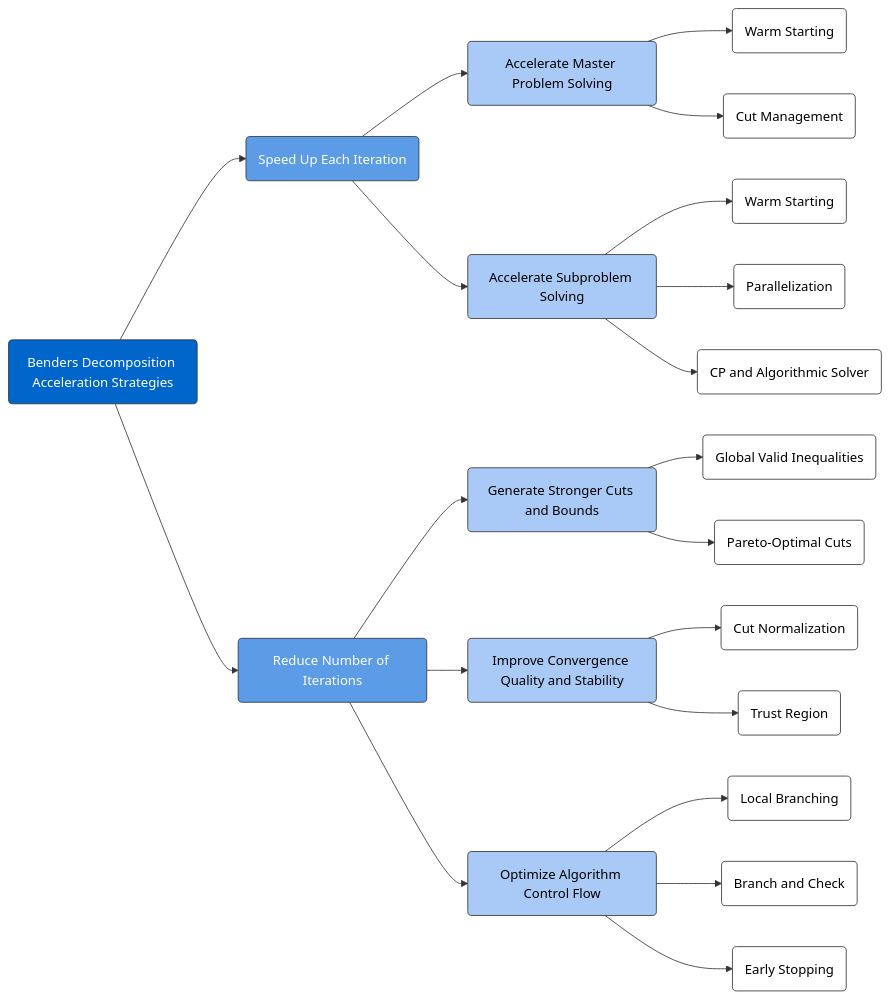
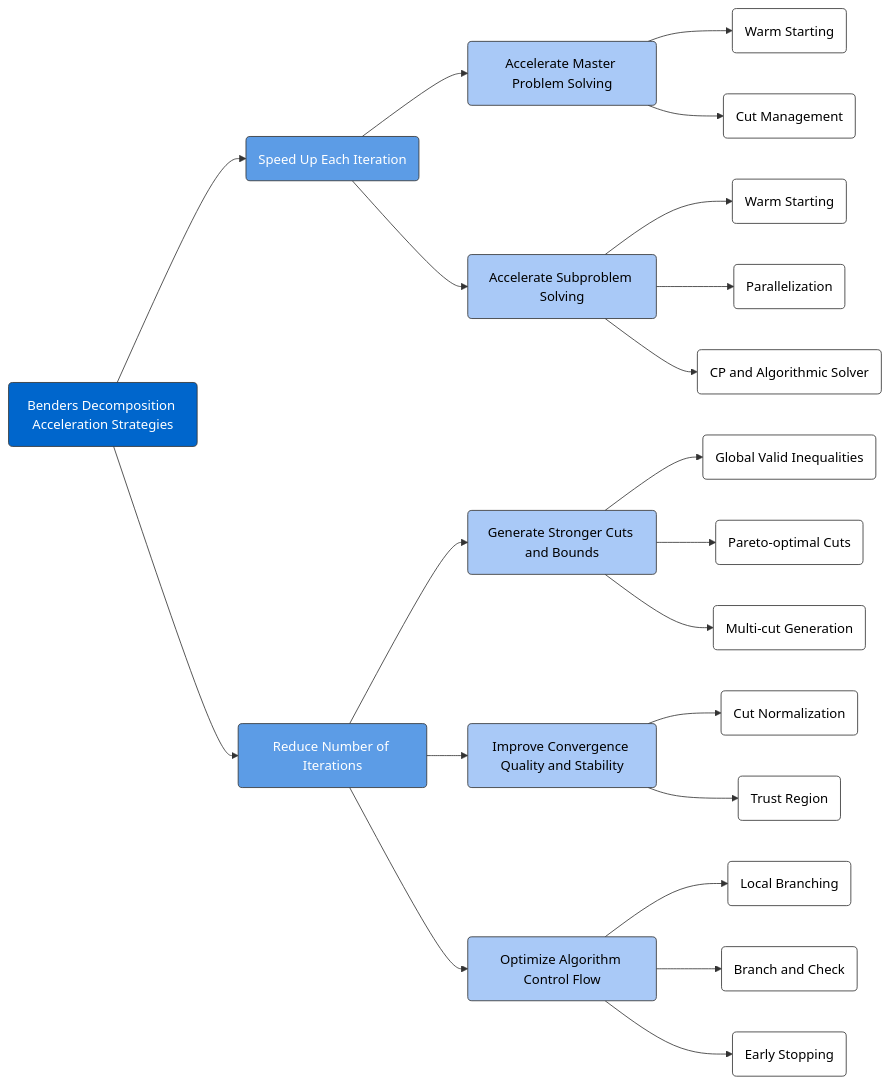
Before and after one commit to sharabhshukla/BendersLib: the diagram in docs/source/tutorials/enhance.rst, drawn with Mermaid. The commit also changed other lines of this file, not shown here.

Commit message:
docs(tutorials): add multi-cut generation enhancement

```diff
--- a/docs/source/tutorials/enhance.rst
+++ b/docs/source/tutorials/enhance.rst
@@ -10,52 +10,53 @@
 .. mermaid::
    :align: center
    :caption: Benders Decomposition Acceleration Strategies
 
    graph LR
 
        A(Benders Decomposition Acceleration Strategies);
 
        B(Speed Up Each Iteration);
        C(Reduce Number of Iterations);
 
        A --> B;
        A --> C;
 
        B1(Accelerate Master Problem Solving);
        B2(Accelerate Subproblem Solving);
 
        B --> B1;
        B --> B2;
 
        B1 --> B1b(Warm Starting);
        B1 --> B1a(Cut Management);
 
        B2 --> B2d(Warm Starting);
        B2 --> B2a(Parallelization);
        B2 --> B2b(CP and Algorithmic Solver);
 
        C1(Generate Stronger Cuts and Bounds);
        C2(Improve Convergence Quality and Stability);
        C3(Optimize Algorithm Control Flow);
 
        C --> C1;
        C --> C2;
        C --> C3;
 
        C1 --> C1b(Global Valid Inequalities);
-       C1 --> C1a(Pareto-Optimal Cuts);
+       C1 --> C1a(Pareto-optimal Cuts);
+       C1 --> C1c(Multi-cut Generation);
        C2 --> C2b(Cut Normalization);
        C2 --> C2a(Trust Region);
        C3 --> C3a(Local Branching);
        C3 --> C3c(Branch and Check);
        C3 --> C3b(Early Stopping);
 
        classDef root fill:#0066CC,stroke:#333,color:#fff;
        classDef mainBranch fill:#5c9ce6,stroke:#333,color:#fff;
        classDef midLevel fill:#a9c9f7,stroke:#333,color:#000;
        classDef leaf fill:#fff,stroke:#333,color:#000;
 
        class A root;
        class B,C mainBranch;
        class B1,B2,C1,C2,C3 midLevel;
-       class B1a,B1b,C3c,B2a,B2b,B2d,C1a,C1b,C2a,C2b,C3a,C3b leaf;
+       class B1a,B1b,C3c,B2a,B2b,B2d,C1a,C1b,C1c,C2a,C2b,C3a,C3b leaf;
```
